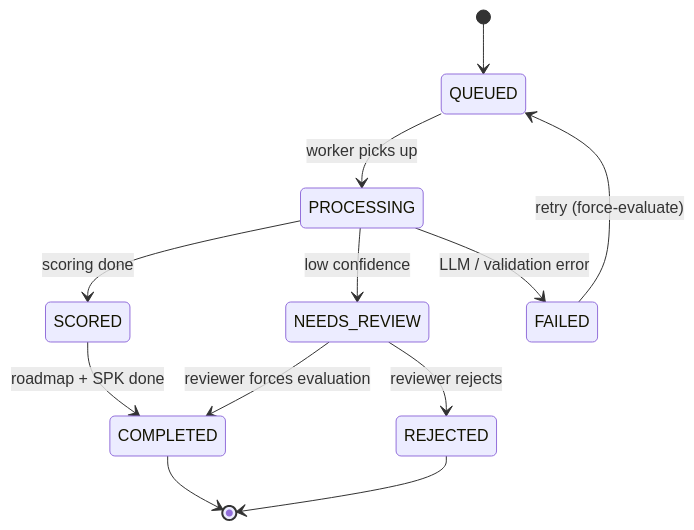
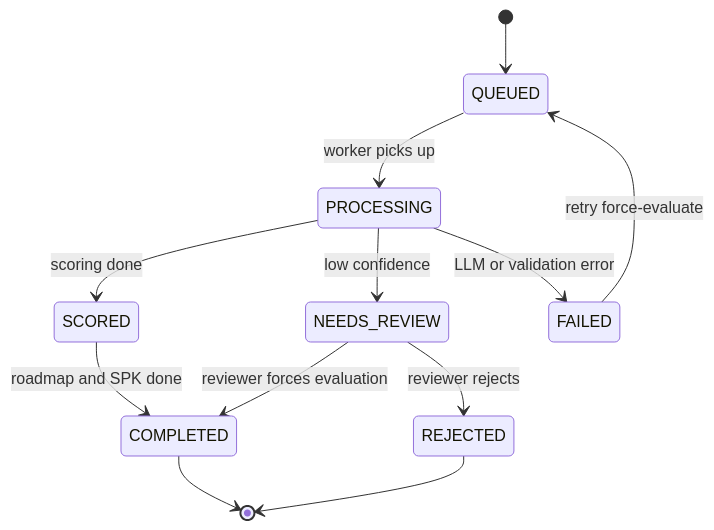
The third of 6 diagrams in README.md (EchoGrow/echogrow-core), drawn with Mermaid before and after one commit. The commit also changed other lines of this file, not shown here.

````diff
--- a/README.md
+++ b/README.md
@@ -340,14 +340,14 @@
 ```mermaid
-stateDiagram-v2
+stateDiagram
     [*] --> QUEUED
     QUEUED --> PROCESSING : worker picks up
     PROCESSING --> SCORED : scoring done
     PROCESSING --> NEEDS_REVIEW : low confidence
-    PROCESSING --> FAILED : LLM / validation error
-    SCORED --> COMPLETED : roadmap + SPK done
+    PROCESSING --> FAILED : LLM or validation error
+    SCORED --> COMPLETED : roadmap and SPK done
     NEEDS_REVIEW --> COMPLETED : reviewer forces evaluation
     NEEDS_REVIEW --> REJECTED : reviewer rejects
-    FAILED --> QUEUED : retry (force-evaluate)
+    FAILED --> QUEUED : retry force-evaluate
     COMPLETED --> [*]
     REJECTED --> [*]
 ```
````
